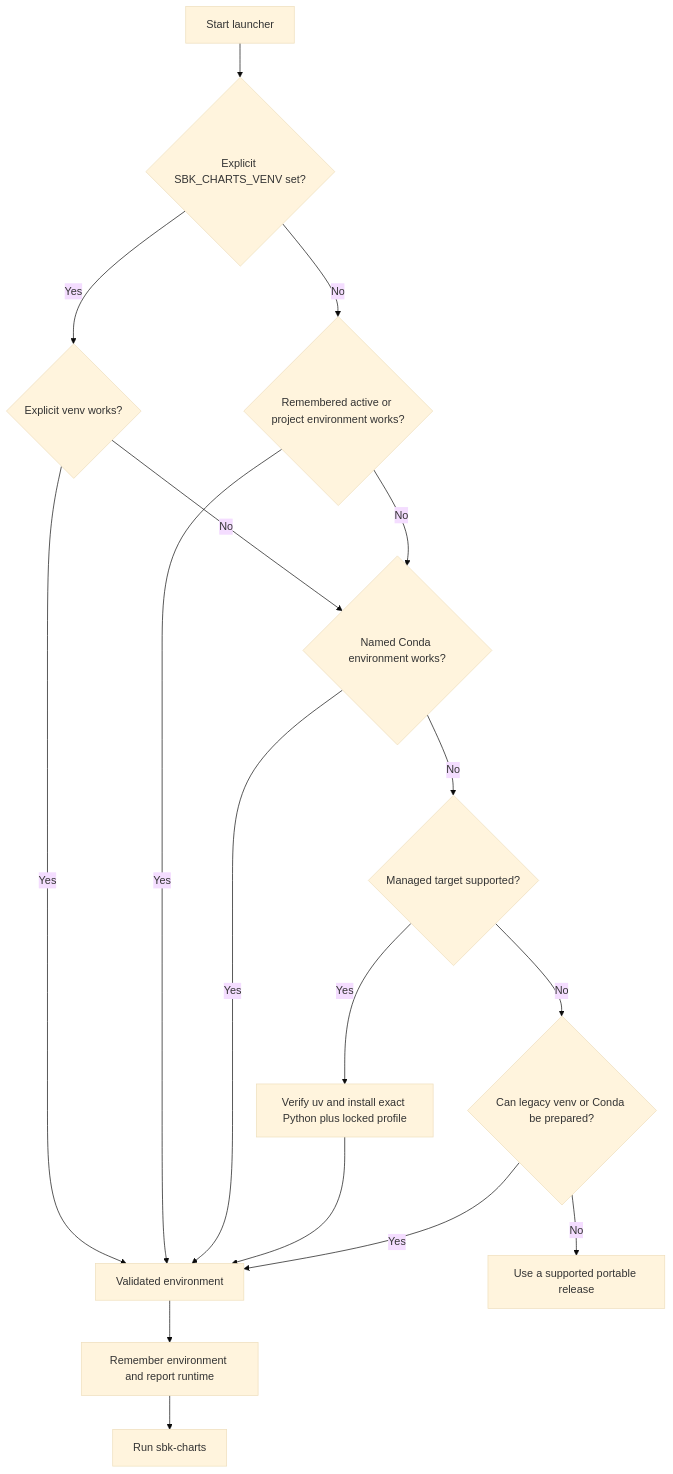
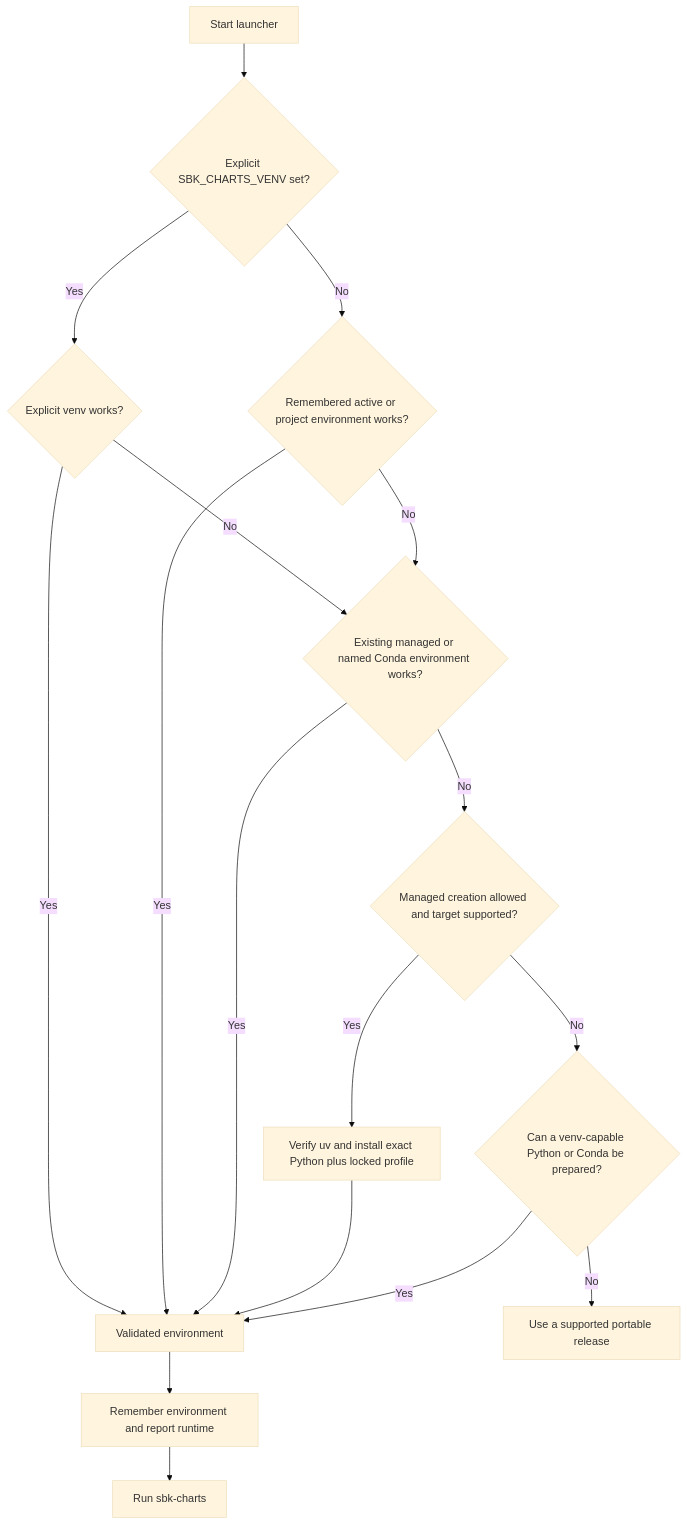
The second of 2 diagrams in README.md (kmgowda/sbk-charts), drawn with Mermaid (base theme) before and after one commit. The commit also changed other lines of this file and 5 other files, not shown here.

````diff
--- a/README.md
+++ b/README.md
@@ -235,19 +235,19 @@
 ```mermaid
 flowchart TD
     A[Start launcher] --> B{Explicit SBK_CHARTS_VENV set?}
     B -- Yes --> C{Explicit venv works?}
     C -- Yes --> H[Validated environment]
-    C -- No --> E{Named Conda environment works?}
+    C -- No --> E{Existing managed or named Conda environment works?}
     B -- No --> D{Remembered active or project environment works?}
     D -- Yes --> H
     D -- No --> E
     E -- Yes --> H
-    E -- No --> F{Managed target supported?}
+    E -- No --> F{Managed creation allowed and target supported?}
     F -- Yes --> G[Verify uv and install exact Python plus locked profile]
     G --> H
-    F -- No --> I{Can legacy venv or Conda be prepared?}
+    F -- No --> I{Can a venv-capable Python or Conda be prepared?}
     I -- Yes --> H
     I -- No --> L[Use a supported portable release]
     H --> J[Remember environment and report runtime]
     J --> K[Run sbk-charts]
 ```
````
